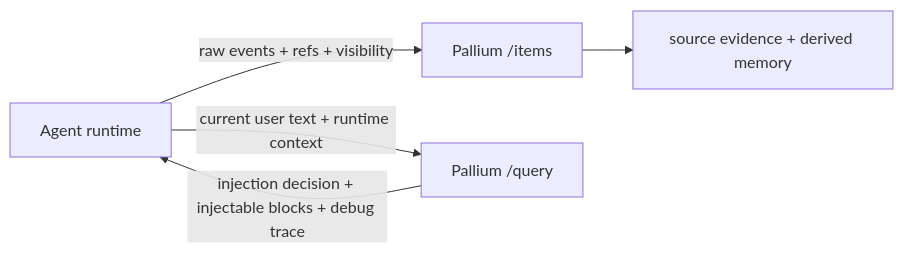
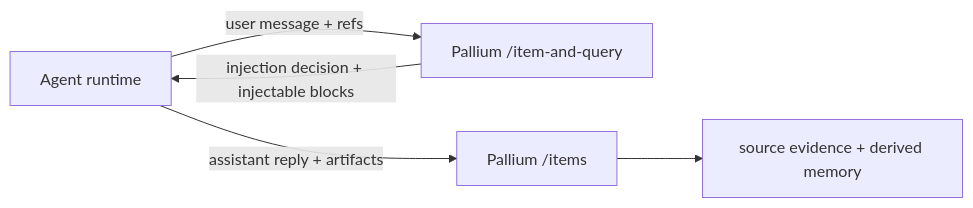
Before and after one commit to rore/Pallium: the diagram in docs/agent-integration.md, drawn with Mermaid. The commit also changed other lines of this file and 7 other files, not shown here.

Commit message:
Add item-and-query endpoint for combined ingest and query functionality

````diff
--- a/docs/agent-integration.md
+++ b/docs/agent-integration.md
@@ -11,7 +11,7 @@
 ```mermaid
 flowchart LR
-    A["Agent runtime"] -->|raw events + refs + visibility| B["Pallium /items"]
-    B --> C["source evidence + derived memory"]
-    A -->|current user text + runtime context| D["Pallium /query"]
-    D -->|injection decision + injectable blocks + debug trace| A
+    A["Agent runtime"] -->|user message + refs| B["Pallium /item-and-query"]
+    B -->|injection decision + injectable blocks| A
+    A -->|assistant reply + artifacts| C["Pallium /items"]
+    C --> D["source evidence + derived memory"]
 ```
````
